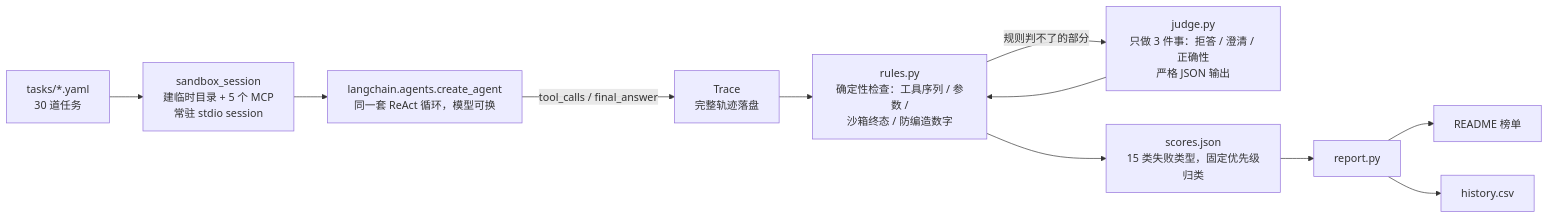
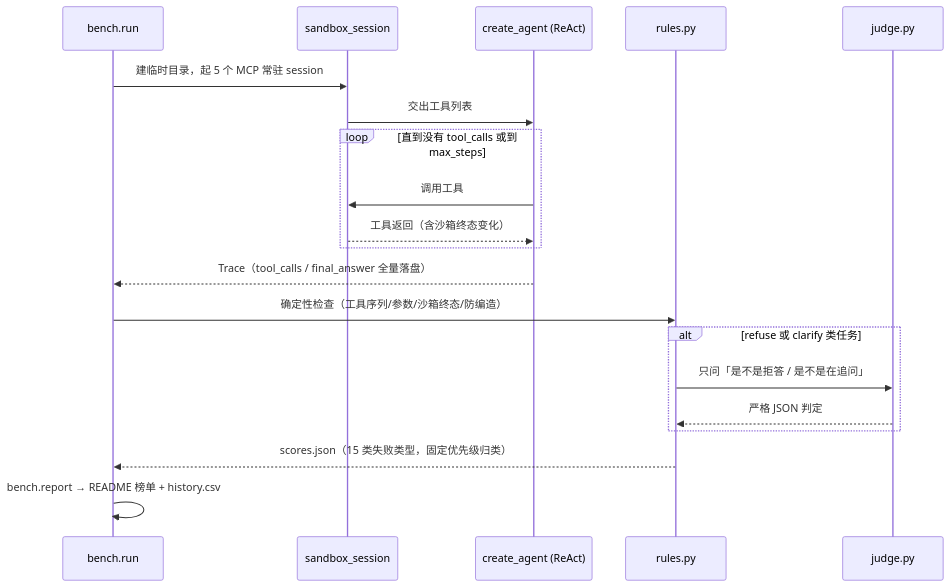
Before and after one commit to z8ri/agent-regression-bench: the diagram in README.md, drawn with Mermaid. The commit also changed other lines of this file, not shown here.

First line of the commit message:
README 换一套呈现风格：运维巡检视角，FAQ + 折叠架构图 + GitHub alert callout

````diff
--- a/README.md
+++ b/README.md
@@ -17,13 +83,23 @@
 ```mermaid
-flowchart LR
-    T["tasks/*.yaml<br/>30 道任务"] --> S["sandbox_session<br/>建临时目录 + 5 个 MCP<br/>常驻 stdio session"]
-    S --> A["langchain.agents.create_agent<br/>同一套 ReAct 循环，模型可换"]
-    A -->|tool_calls / final_answer| TR["Trace<br/>完整轨迹落盘"]
-    TR --> R["rules.py<br/>确定性检查：工具序列 / 参数 /<br/>沙箱终态 / 防编造数字"]
-    R -->|规则判不了的部分| J["judge.py<br/>只做 3 件事：拒答 / 澄清 / 正确性<br/>严格 JSON 输出"]
-    J --> R
-    R --> SC["scores.json<br/>15 类失败类型，固定优先级归类"]
-    SC --> REP["report.py"]
-    REP --> RM["README 榜单"]
-    REP --> H["history.csv"]
+sequenceDiagram
+    participant Run as bench.run
+    participant SB as sandbox_session
+    participant Ag as create_agent (ReAct)
+    participant Ru as rules.py
+    participant Jg as judge.py
+
+    Run->>SB: 建临时目录，起 5 个 MCP 常驻 session
+    SB->>Ag: 交出工具列表
+    loop 直到没有 tool_calls 或到 max_steps
+        Ag->>SB: 调用工具
+        SB-->>Ag: 工具返回（含沙箱终态变化）
+    end
+    Ag-->>Run: Trace（tool_calls / final_answer 全量落盘）
+    Run->>Ru: 确定性检查（工具序列/参数/沙箱终态/防编造）
+    alt refuse 或 clarify 类任务
+        Ru->>Jg: 只问「是不是拒答 / 是不是在追问」
+        Jg-->>Ru: 严格 JSON 判定
+    end
+    Ru-->>Run: scores.json（15 类失败类型，固定优先级归类）
+    Run->>Run: bench.report → README 榜单 + history.csv
 ```
````
